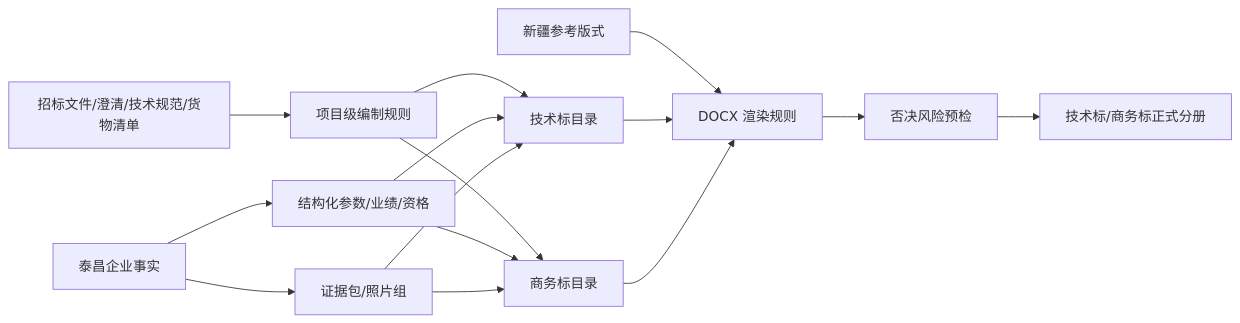
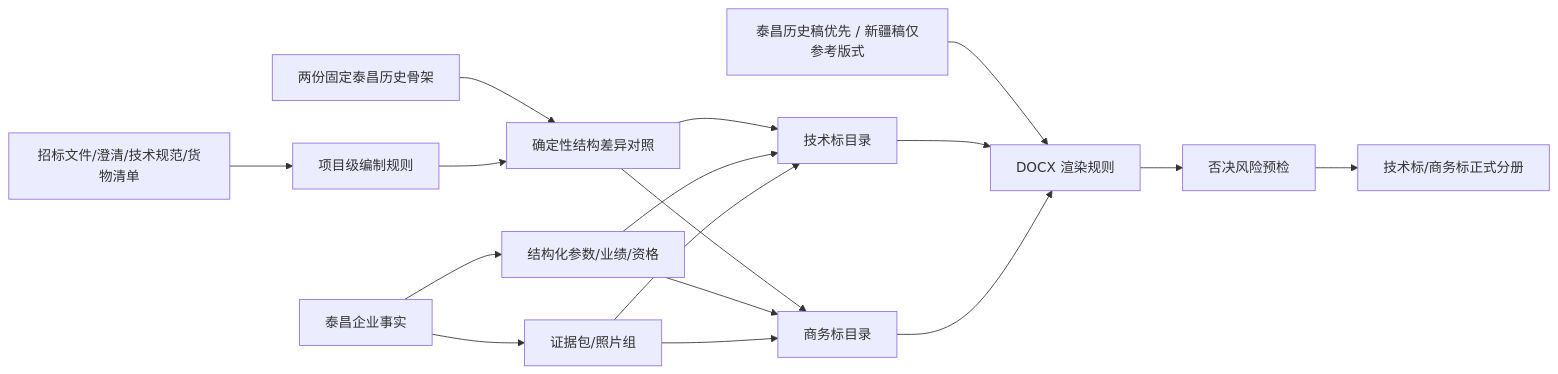
One commit to sunShineLoveMe/ai_bidding_power_grid changed the diagram in docs/development/taichang-bid-template-requirements-research-20260711.md. Above: the diagram before and after it, drawn with Mermaid. The commit also changed other lines of this file and 2 other files, not shown here.

````diff
--- a/docs/development/taichang-bid-template-requirements-research-20260711.md
+++ b/docs/development/taichang-bid-template-requirements-research-20260711.md
@@ -309,17 +329,19 @@
 ```mermaid
 flowchart LR
     A["招标文件/澄清/技术规范/货物清单"] --> B["项目级编制规则"]
-    B --> C["技术标目录"]
-    B --> D["商务标目录"]
+    T["两份固定泰昌历史骨架"] --> U["确定性结构差异对照"]
+    B --> U
+    U --> C["技术标目录"]
+    U --> D["商务标目录"]
     E["泰昌企业事实"] --> F["结构化参数/业绩/资格"]
     E --> G["证据包/照片组"]
     F --> C
     F --> D
     G --> C
     G --> D
-    H["新疆参考版式"] --> I["DOCX 渲染规则"]
+    H["泰昌历史稿优先 / 新疆稿仅参考版式"] --> I["DOCX 渲染规则"]
     C --> I
     D --> I
     I --> J["否决风险预检"]
     J --> K["技术标/商务标正式分册"]
 ```
````
